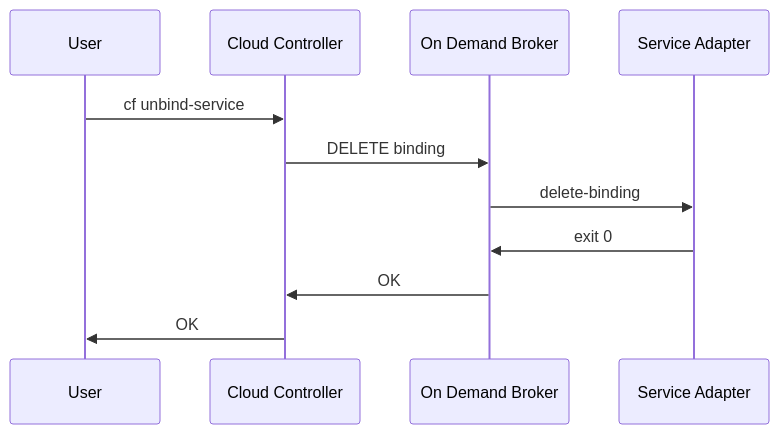
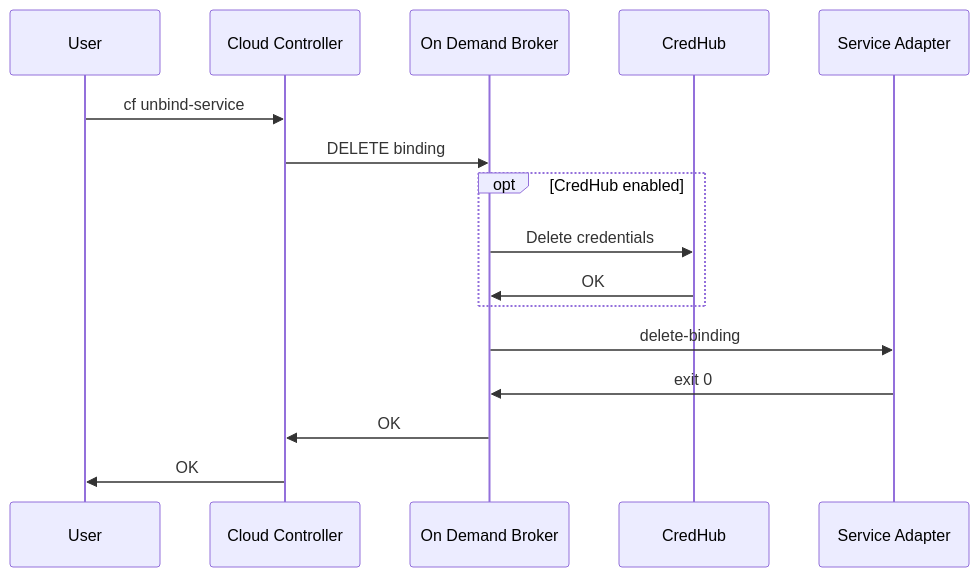
The diagram in mmd/unbind_service_workflow.mmd (pivotal-cf/docs-on-demand-service-broker), drawn with Mermaid before and after one commit. The commit also changed 1 other file, not shown here.

Commit message:
Update bind and unbind sequence diagrams to include credhub interaction
[#151587166]

```diff
--- a/mmd/unbind_service_workflow.mmd
+++ b/mmd/unbind_service_workflow.mmd
@@ -1,9 +1,13 @@
 <div class="mermaid">
 sequenceDiagram
   User->>Cloud Controller:cf unbind-service
   Cloud Controller->>On Demand Broker:DELETE binding
+  opt CredHub enabled
+  On Demand Broker->>CredHub:Delete credentials
+  CredHub->>On Demand Broker:OK
+  end
   On Demand Broker->>Service Adapter:delete-binding
   Service Adapter->>On Demand Broker:exit 0
   On Demand Broker->>Cloud Controller:OK
   Cloud Controller->>User:OK
 </div>
```
